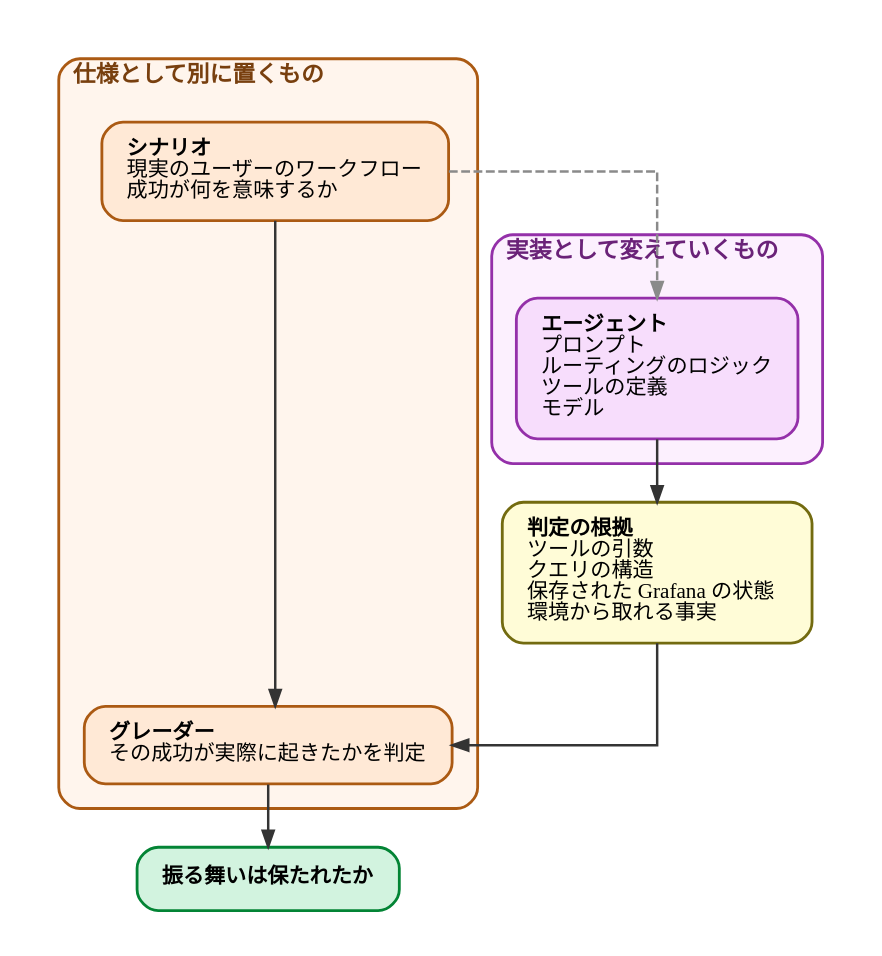
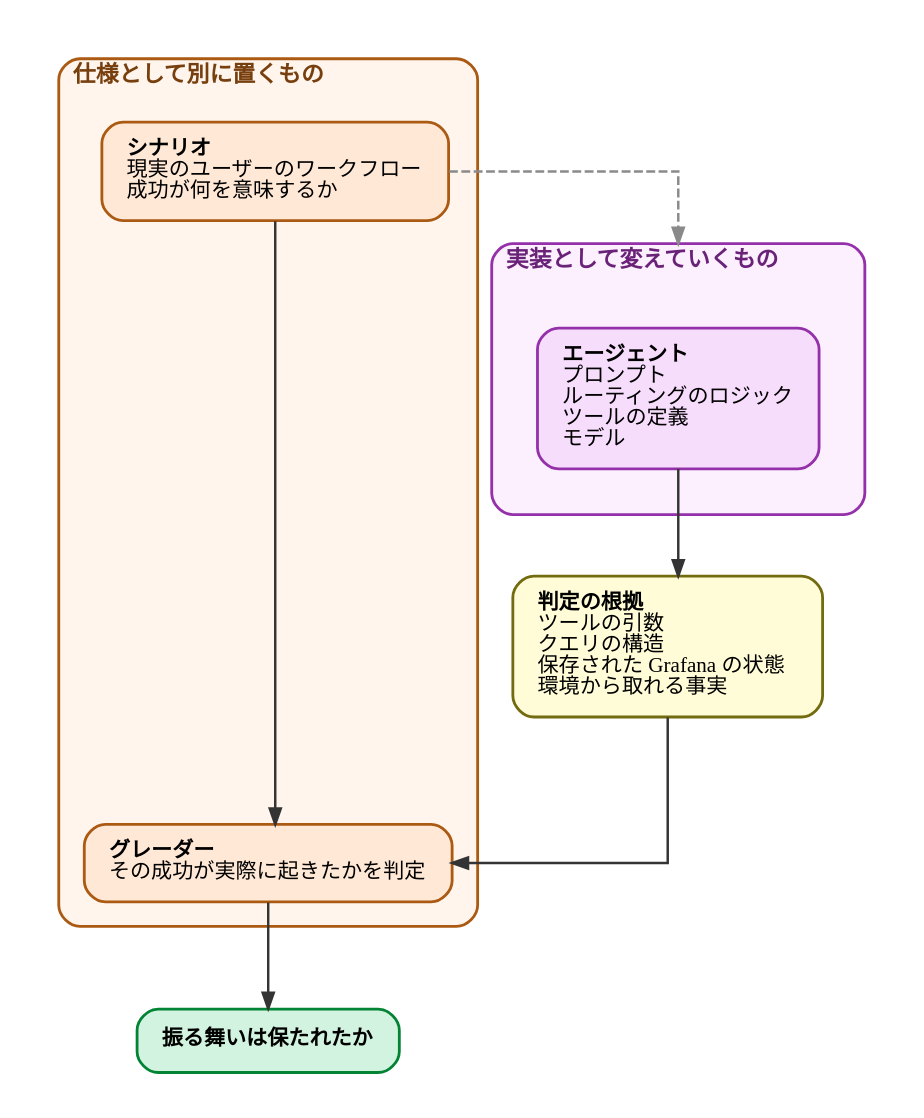
The diagram in diagrams/20260929-agent-eval-loop/20260929-scenario-grader.dot (ymotongpoo/zenn.dev), drawn with Graphviz before and after one commit. The commit also changed 9 other files, not shown here.

First line of the commit message:
fix(articles): 第三者査読で挙がった致命的な指摘を反映し図3を作り直す

```diff
--- a/diagrams/20260929-agent-eval-loop/20260929-scenario-grader.dot
+++ b/diagrams/20260929-agent-eval-loop/20260929-scenario-grader.dot
@@ -1,70 +1,76 @@
 // 記事「もっともらしい答えをどう疑うか」用。
 // シナリオ（望ましい振る舞い）とグレーダー（実際に起きたかの判定）を、
 // 実装（プロンプト・ルーティング・ツール定義・モデル）から分離して置くと、
 // 実装側をどれだけ変えても同じ問いを立てられる、という関係を示す。
 //
 // 矢印のラベルは付けない。クラスタをまたぐ辺のラベルはどこに置いても
 // 枠線を跨ぐため（check_overlaps.py の LABEL-ON-CLUSTER-FRAME）、
 // 矢印の意味はキャプションで宣言する。線種で「タスクを与える」経路だけ分ける。
+//
+// 破線は lhead でクラスタの枠に止める。impl ノードまで引くと、見出し
+// 「実装として変えていくもの」の文字を縦に貫通する（査読 R-12。
+// check_overlaps.py では検出されずPNGの拡大目視で判明）。
+// ポート指定で回避すると SELF-PASS-THROUGH になり、margin を広げても
+// 見出しが長いため文字の上を通る。枠で止めれば文字に触れない。
 digraph scenario_grader {
   graph [
     fontname="IBM Plex Sans JP", fontsize=13,
     rankdir=TB,
     compound=true, splines=ortho,
-    nodesep=0.4, ranksep=0.5, pad=0.25,
+    nodesep=0.4, ranksep=0.85, pad=0.25,
     bgcolor="white", newrank=true
   ];
   node [
     fontname="IBM Plex Sans JP", fontsize=12,
     shape=box, style="rounded,filled",
     fillcolor="#F1F1F1", color="#4A4A4A", penwidth=1.6,
     margin="0.2,0.14"
   ];
   edge [
     fontname="IBM Plex Sans JP", fontsize=11,
     color="#343434", penwidth=1.4, arrowsize=0.9,
     fontcolor="#171717"
   ];
 
   subgraph cluster_spec {
     label=<<b>仕様として別に置くもの</b>>;
     style="rounded"; labeljust="l"; penwidth=1.6; margin=14;
     color="#AB5A13"; bgcolor="#FFF5ED"; fontcolor="#783F0E";
 
     scenario [
       fillcolor="#FFE9D6", color="#AB5A13",
       label=<<b>シナリオ</b><br align="left"/>現実のユーザーのワークフロー<br align="left"/>成功が何を意味するか<br align="left"/>>
     ];
     grader [
       fillcolor="#FFE9D6", color="#AB5A13",
       label=<<b>グレーダー</b><br align="left"/>その成功が実際に起きたかを判定<br align="left"/>>
     ];
   }
 
   subgraph cluster_impl {
     label=<<b>実装として変えていくもの</b>>;
-    style="rounded"; labeljust="l"; penwidth=1.6; margin=14;
+    style="rounded"; labeljust="l"; penwidth=1.6; margin=26;
     color="#9430A9"; bgcolor="#FCF0FE"; fontcolor="#6A2278";
 
     impl [
       fillcolor="#F7DDFC", color="#9430A9",
       label=<<b>エージェント</b><br align="left"/>プロンプト<br align="left"/>ルーティングのロジック<br align="left"/>ツールの定義<br align="left"/>モデル<br align="left"/>>
     ];
   }
 
   evidence [
     fillcolor="#FFFCD7", color="#736B10",
     label=<<b>判定の根拠</b><br align="left"/>ツールの引数<br align="left"/>クエリの構造<br align="left"/>保存された Grafana の状態<br align="left"/>環境から取れる事実<br align="left"/>>
   ];
 
   verdict [
     fillcolor="#D2F3DF", color="#038435",
     label=<<b>振る舞いは保たれたか</b>>
   ];
 
-  scenario -> impl [style=dashed, color="#8A8A8A"];
+  scenario -> impl [style=dashed, color="#8A8A8A", lhead=cluster_impl];
   impl -> evidence;
   evidence -> grader;
   scenario -> grader;
   grader -> verdict;
 }
```
